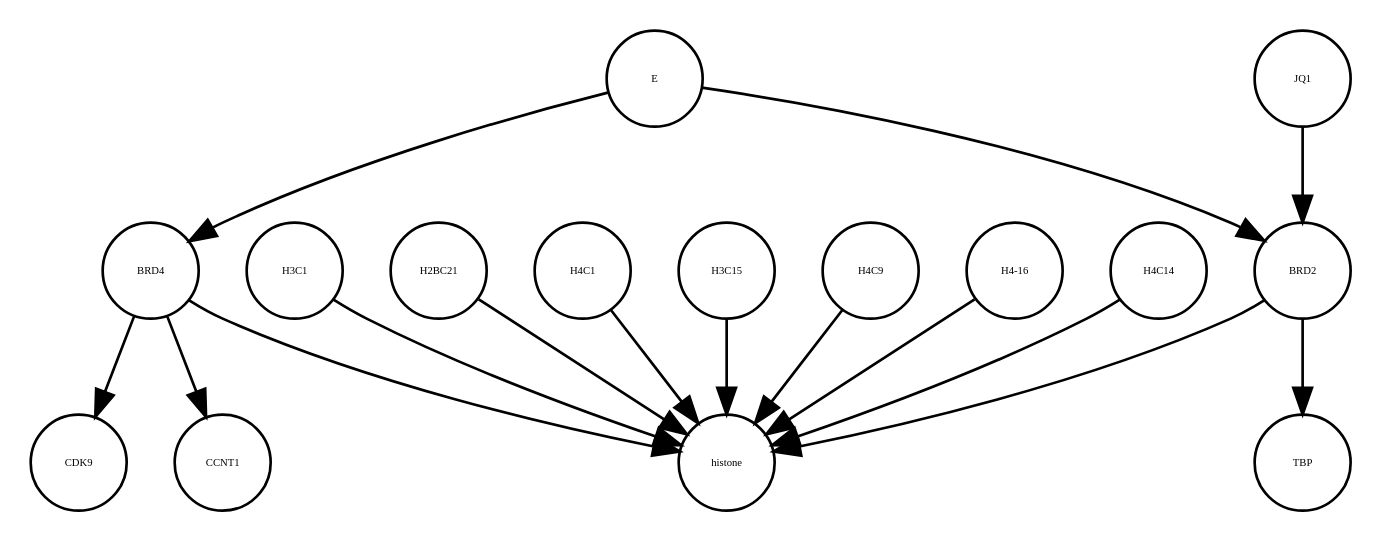
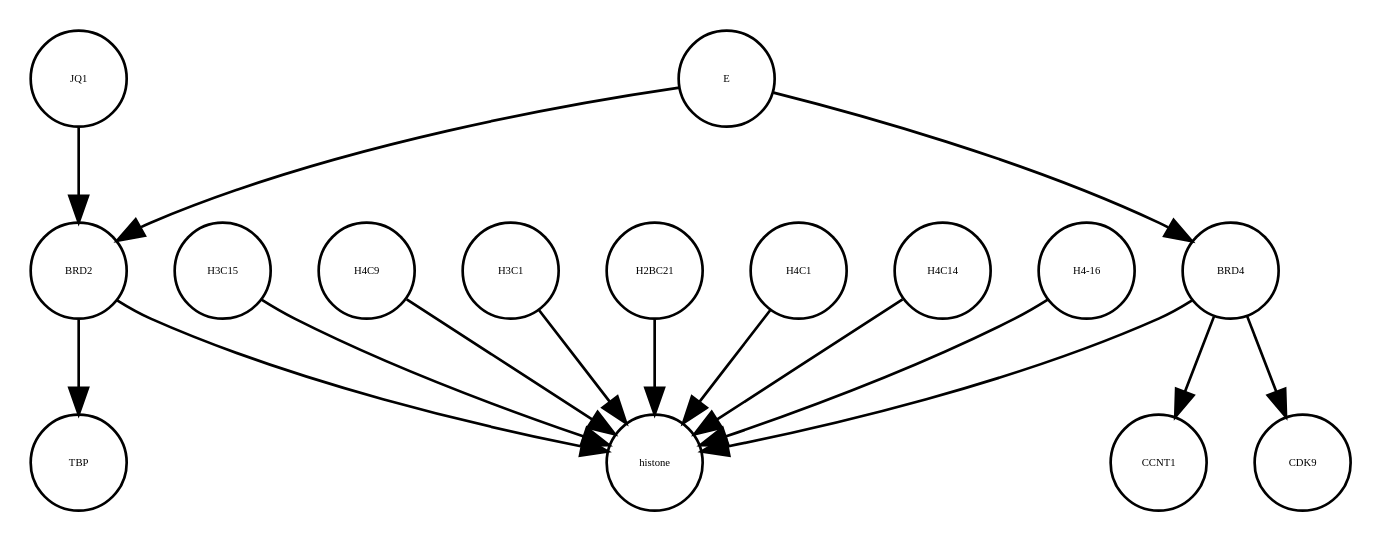
The diagram in E_SARS_CoV_2_21_05_2020.xml_projected.dot (cannin/covid19-sbgn), drawn with Graphviz before and after one commit. The commit also changed other lines of this file and 613 other files, not shown here.

```diff
--- a/E_SARS_CoV_2_21_05_2020.xml_projected.dot
+++ b/E_SARS_CoV_2_21_05_2020.xml_projected.dot
@@ -1,32 +1,32 @@
 strict digraph  {
+E [annotation=urn_miriam_ncbiprotein_BCD58755, bipartite=0, cls=macromolecule, fontsize=4, label=E, shape=circle];
+H3C15 [annotation="", bipartite=0, cls=macromolecule, fontsize=4, label=H3C15, shape=circle];
+CCNT1 [annotation="", bipartite=0, cls=macromolecule, fontsize=4, label=CCNT1, shape=circle];
+BRD2 [annotation="", bipartite=0, cls=macromolecule, fontsize=4, label=BRD2, shape=circle];
+CDK9 [annotation="", bipartite=0, cls=macromolecule, fontsize=4, label=CDK9, shape=circle];
+H4C9 [annotation="", bipartite=0, cls=macromolecule, fontsize=4, label=H4C9, shape=circle];
 H3C1 [annotation="", bipartite=0, cls=macromolecule, fontsize=4, label=H3C1, shape=circle];
-CDK9 [annotation="", bipartite=0, cls=macromolecule, fontsize=4, label=CDK9, shape=circle];
 H2BC21 [annotation="", bipartite=0, cls=macromolecule, fontsize=4, label=H2BC21, shape=circle];
-H4C1 [annotation="", bipartite=0, cls=macromolecule, fontsize=4, label=H4C1, shape=circle];
 JQ1 [annotation="", bipartite=0, cls=macromolecule, fontsize=4, label=JQ1, shape=circle];
 BRD4 [annotation="", bipartite=0, cls=macromolecule, fontsize=4, label=BRD4, shape=circle];
+H4C1 [annotation="", bipartite=0, cls=macromolecule, fontsize=4, label=H4C1, shape=circle];
+H4C14 [annotation="", bipartite=0, cls=macromolecule, fontsize=4, label=H4C14, shape=circle];
 histone [annotation="", bipartite=0, cls=complex, fontsize=4, label=histone, shape=circle];
-CCNT1 [annotation="", bipartite=0, cls=macromolecule, fontsize=4, label=CCNT1, shape=circle];
-H3C15 [annotation="", bipartite=0, cls=macromolecule, fontsize=4, label=H3C15, shape=circle];
-H4C9 [annotation="", bipartite=0, cls=macromolecule, fontsize=4, label=H4C9, shape=circle];
-BRD2 [annotation="", bipartite=0, cls=macromolecule, fontsize=4, label=BRD2, shape=circle];
-E [annotation=urn_miriam_ncbiprotein_BCD58755, bipartite=0, cls=macromolecule, fontsize=4, label=E, shape=circle];
 TBP [annotation="", bipartite=0, cls=macromolecule, fontsize=4, label=TBP, shape=circle];
 "H4-16" [annotation="", bipartite=0, cls=macromolecule, fontsize=4, label="H4-16", shape=circle];
-H4C14 [annotation="", bipartite=0, cls=macromolecule, fontsize=4, label=H4C14, shape=circle];
+E -> BRD2  [annotation="urn_miriam_doi_10.1038%2Fs41586-020-2286-9|urn_miriam_doi_10.1080%2F15592294.2018.1469891", interaction_type=inhibition];
+E -> BRD4  [annotation="urn_miriam_doi_10.1038%2Fs41586-020-2286-9", interaction_type=inhibition];
+H3C15 -> histone  [annotation="", interaction_type=production];
+BRD2 -> TBP  [annotation="urn_miriam_doi_10.1007%2Fs11010-006-9223-6", interaction_type=catalysis];
+BRD2 -> histone  [annotation="urn_miriam_doi_10.1038%2Fnsmb.3228.|urn_miriam_doi_10.1016%2Fj.molcel.2008.01.018", interaction_type=catalysis];
+H4C9 -> histone  [annotation="", interaction_type=production];
 H3C1 -> histone  [annotation="", interaction_type=production];
 H2BC21 -> histone  [annotation="", interaction_type=production];
+JQ1 -> BRD2  [annotation="urn_miriam_doi_10.1038%2Fs41586-020-2286-9|urn_miriam_doi_10.1080%2F15592294.2018.1469891", interaction_type=inhibition];
+BRD4 -> CDK9  [annotation=urn_miriam_taxonomy_10090, interaction_type=catalysis];
+BRD4 -> CCNT1  [annotation="", interaction_type=catalysis];
+BRD4 -> histone  [annotation="urn_miriam_doi_10.1038%2Fnsmb.3228.|urn_miriam_doi_10.1016%2Fj.molcel.2008.01.018", interaction_type=catalysis];
 H4C1 -> histone  [annotation="", interaction_type=production];
-JQ1 -> BRD2  [annotation="urn_miriam_doi_10.1038%2Fs41586-020-2286-9|urn_miriam_doi_10.1080%2F15592294.2018.1469891", interaction_type=inhibition];
-BRD4 -> CCNT1  [annotation="", interaction_type=catalysis];
-BRD4 -> CDK9  [annotation=urn_miriam_taxonomy_10090, interaction_type=catalysis];
-BRD4 -> histone  [annotation="urn_miriam_doi_10.1038%2Fnsmb.3228.|urn_miriam_doi_10.1016%2Fj.molcel.2008.01.018", interaction_type=catalysis];
-H3C15 -> histone  [annotation="", interaction_type=production];
-H4C9 -> histone  [annotation="", interaction_type=production];
-BRD2 -> TBP  [annotation="urn_miriam_doi_10.1007%2Fs11010-006-9223-6", interaction_type=catalysis];
-BRD2 -> histone  [annotation="urn_miriam_doi_10.1038%2Fnsmb.3228.|urn_miriam_doi_10.1016%2Fj.molcel.2008.01.018", interaction_type=catalysis];
-E -> BRD4  [annotation="urn_miriam_doi_10.1038%2Fs41586-020-2286-9", interaction_type=inhibition];
-E -> BRD2  [annotation="urn_miriam_doi_10.1038%2Fs41586-020-2286-9|urn_miriam_doi_10.1080%2F15592294.2018.1469891", interaction_type=inhibition];
+H4C14 -> histone  [annotation="", interaction_type=production];
 "H4-16" -> histone  [annotation="", interaction_type=production];
-H4C14 -> histone  [annotation="", interaction_type=production];
 }
```
